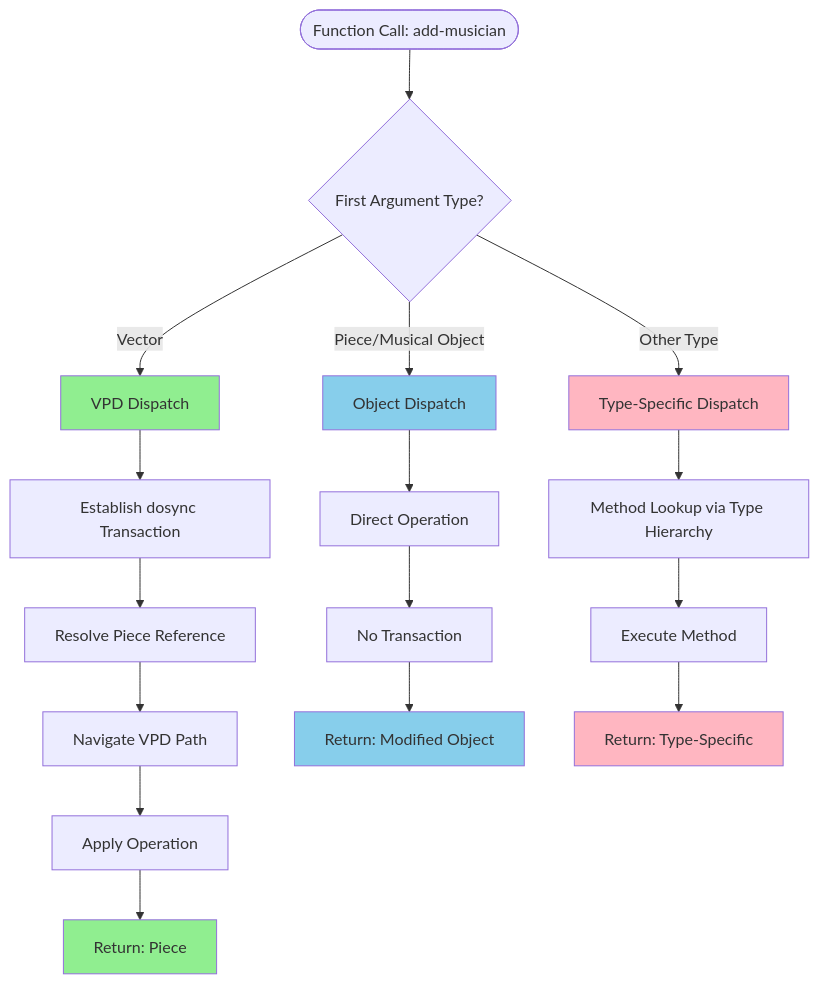
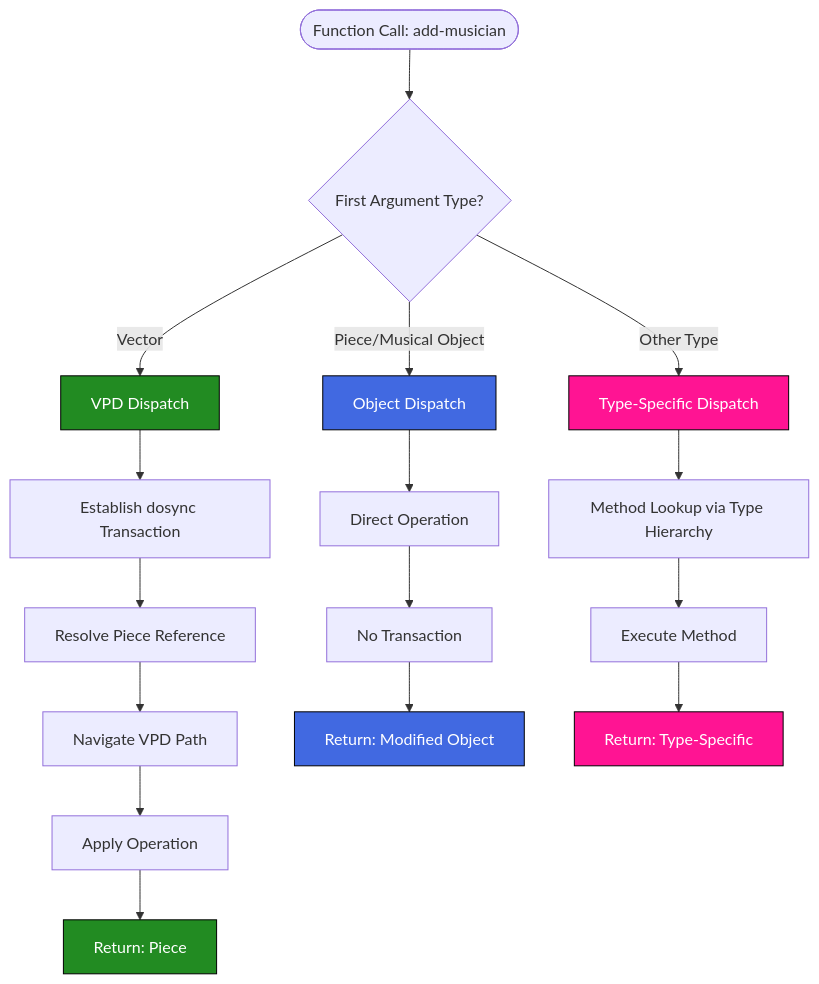
The third of 3 diagrams in guides/POLYMORPHIC_API_GUIDE.md (PeterBengtson/Ooloi-docs), drawn with Mermaid before and after one commit. The commit also changed other lines of this file, not shown here.

Commit message:
Documentation sync 2025-12-13

````diff
--- a/guides/POLYMORPHIC_API_GUIDE.md
+++ b/guides/POLYMORPHIC_API_GUIDE.md
@@ -576,29 +576,29 @@
 ```mermaid
 flowchart TD
     Start([Function Call: add-musician]) --> Check{First Argument Type?}
 
     Check -->|Vector| VPD[VPD Dispatch]
     Check -->|Piece/Musical Object| Obj[Object Dispatch]
     Check -->|Other Type| Type[Type-Specific Dispatch]
 
     VPD --> VPD1[Establish dosync Transaction]
     VPD1 --> VPD2[Resolve Piece Reference]
     VPD2 --> VPD3[Navigate VPD Path]
     VPD3 --> VPD4[Apply Operation]
     VPD4 --> ReturnP[Return: Piece]
 
     Obj --> Obj1[Direct Operation]
     Obj1 --> Obj2[No Transaction]
     Obj2 --> ReturnO[Return: Modified Object]
 
     Type --> Type1[Method Lookup via Type Hierarchy]
     Type1 --> Type2[Execute Method]
     Type2 --> ReturnT[Return: Type-Specific]
 
-    style VPD fill:#90EE90
-    style Obj fill:#87CEEB
-    style Type fill:#FFB6C1
-    style ReturnP fill:#90EE90
-    style ReturnO fill:#87CEEB
-    style ReturnT fill:#FFB6C1
+    style VPD fill:#228B22,stroke:#000,color:#fff
+    style Obj fill:#4169E1,stroke:#000,color:#fff
+    style Type fill:#FF1493,stroke:#000,color:#fff
+    style ReturnP fill:#228B22,stroke:#000,color:#fff
+    style ReturnO fill:#4169E1,stroke:#000,color:#fff
+    style ReturnT fill:#FF1493,stroke:#000,color:#fff
 ```
````
